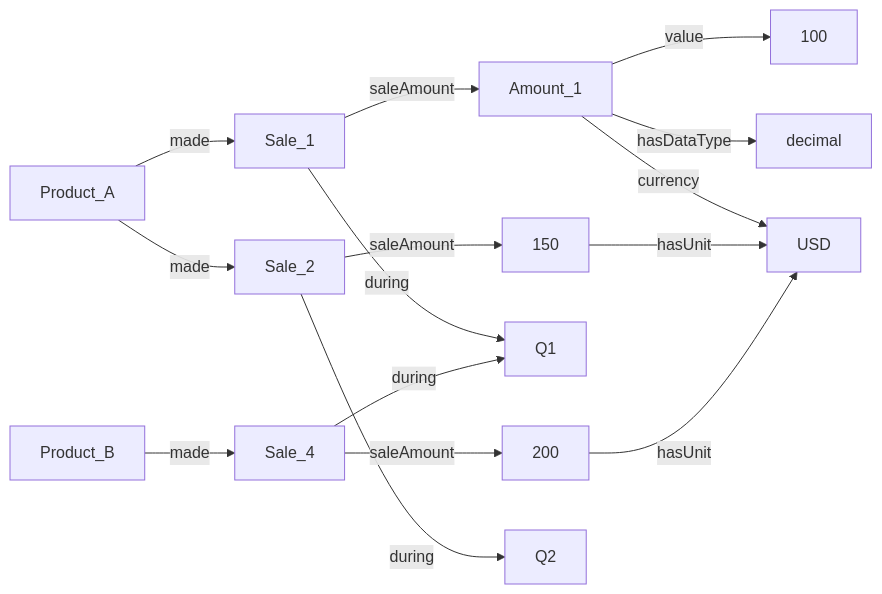
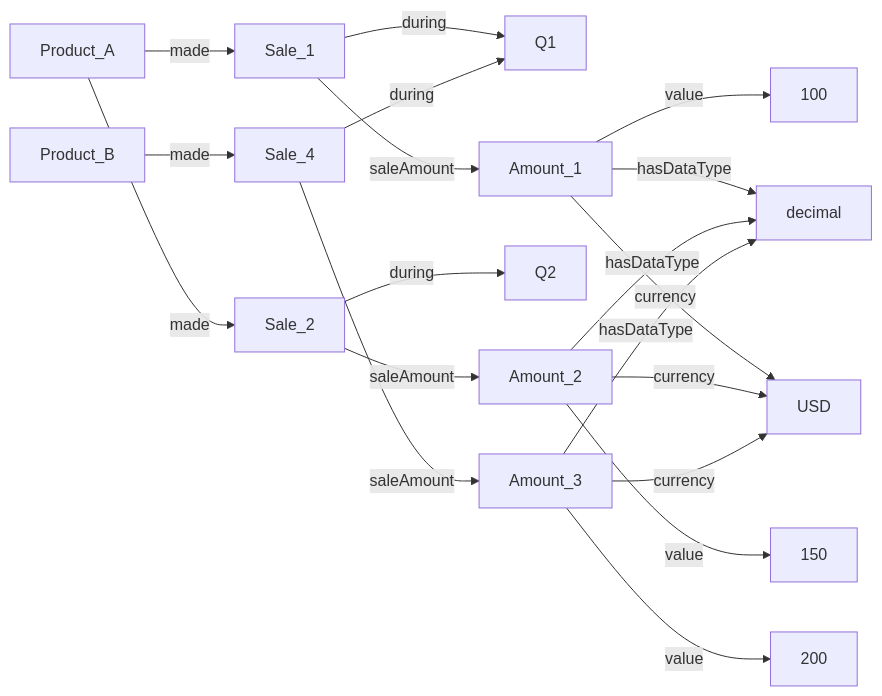
One commit to semantic-nomad/KTBLab-20260520-tabular_vs_grapical-data changed the second of 2 diagrams in README.md. Above: the diagram before and after it, drawn with Mermaid. The commit also changed other lines of this file, not shown here.

````diff
--- a/README.md
+++ b/README.md
@@ -64,20 +82,24 @@
 ```mermaid
 flowchart LR
 
 Product_A --made--> Sale_1
 Sale_1 --during--> Q1
 Sale_1 --saleAmount--> Amount_1
 Amount_1 --value--> 100
 Amount_1 --hasDataType--> decimal
 Amount_1 --currency--> USD
 
 Product_A --made--> Sale_2
 Sale_2 --during--> Q2
-Sale_2 --saleAmount--> 150
-150 --hasUnit--> USD
+Sale_2 --saleAmount--> Amount_2
+Amount_2 --value--> 150
+Amount_2 --hasDataType--> decimal
+Amount_2 --currency--> USD
 
 Product_B --made--> Sale_4
 Sale_4 --during--> Q1
-Sale_4 --saleAmount--> 200
-200 --hasUnit--> USD
+Sale_4 --saleAmount--> Amount_3
+Amount_3 --value--> 200
+Amount_3 --hasDataType--> decimal
+Amount_3 --currency--> USD
 ```
````
